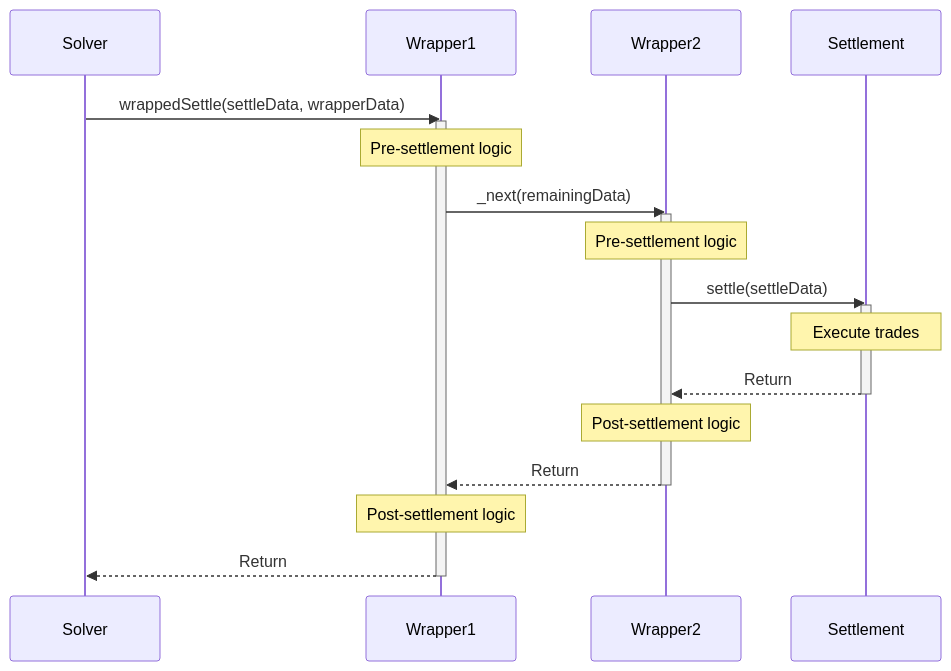
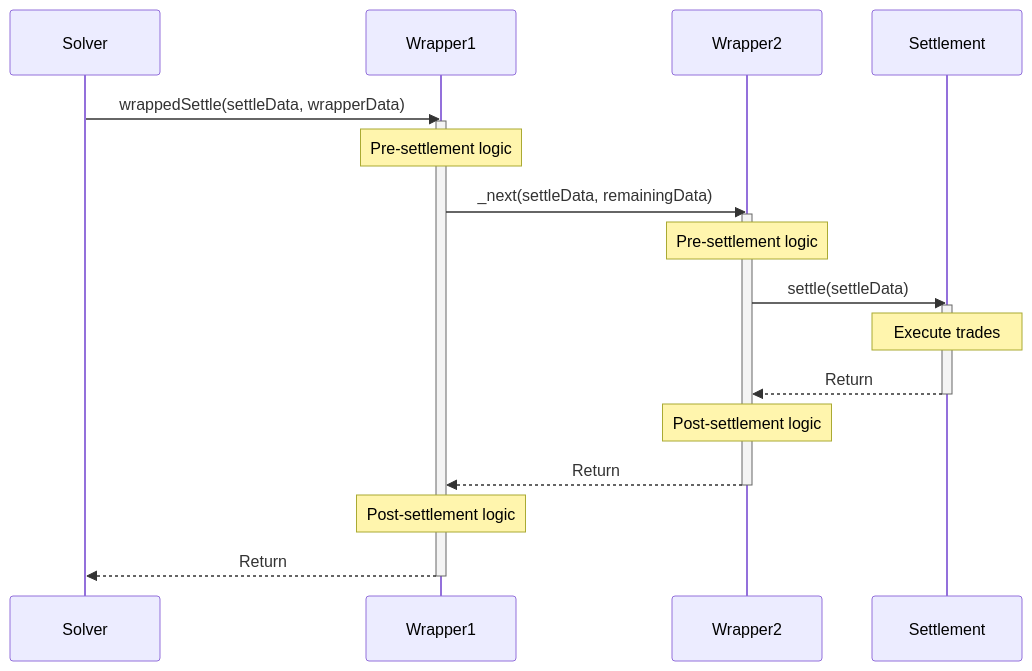
The diagram in docs/cow-protocol/reference/contracts/periphery/wrapper.mdx (cowprotocol/docs), drawn with Mermaid before and after one commit.

Commit message:
show settleData going through `_next` call

````diff
--- a/docs/cow-protocol/reference/contracts/periphery/wrapper.mdx
+++ b/docs/cow-protocol/reference/contracts/periphery/wrapper.mdx
@@ -13,25 +13,25 @@
 ```mermaid
 sequenceDiagram
     participant Solver
     participant Wrapper1
     participant Wrapper2
     participant Settlement
 
     Solver->>Wrapper1: wrappedSettle(settleData, wrapperData)
     activate Wrapper1
     Note over Wrapper1: Pre-settlement logic
-    Wrapper1->>Wrapper2: _next(remainingData)
+    Wrapper1->>Wrapper2: _next(settleData, remainingData)
     activate Wrapper2
     Note over Wrapper2: Pre-settlement logic
     Wrapper2->>Settlement: settle(settleData)
     activate Settlement
     Note over Settlement: Execute trades
     Settlement-->>Wrapper2: Return
     deactivate Settlement
     Note over Wrapper2: Post-settlement logic
     Wrapper2-->>Wrapper1: Return
     deactivate Wrapper2
     Note over Wrapper1: Post-settlement logic
     Wrapper1-->>Solver: Return
     deactivate Wrapper1
 ```
````
